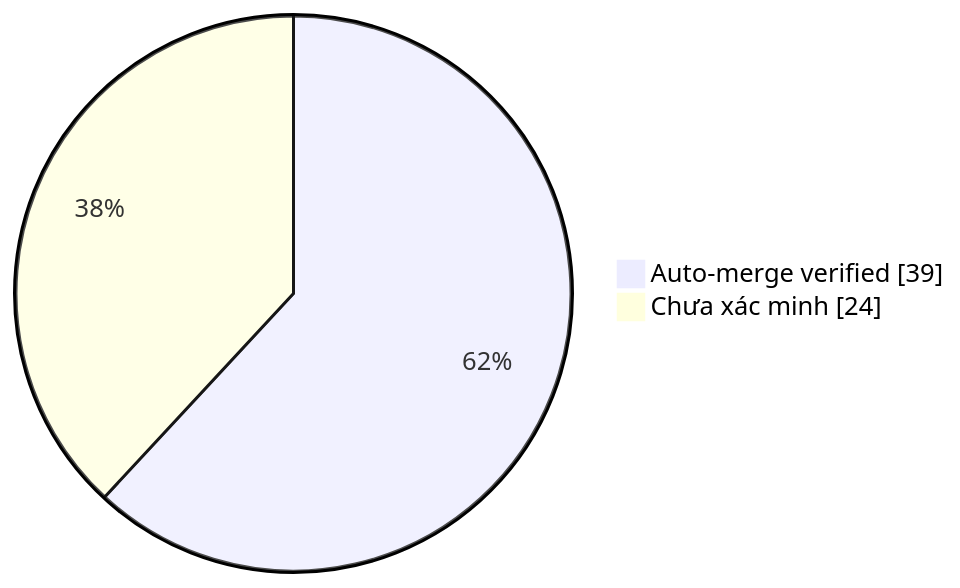
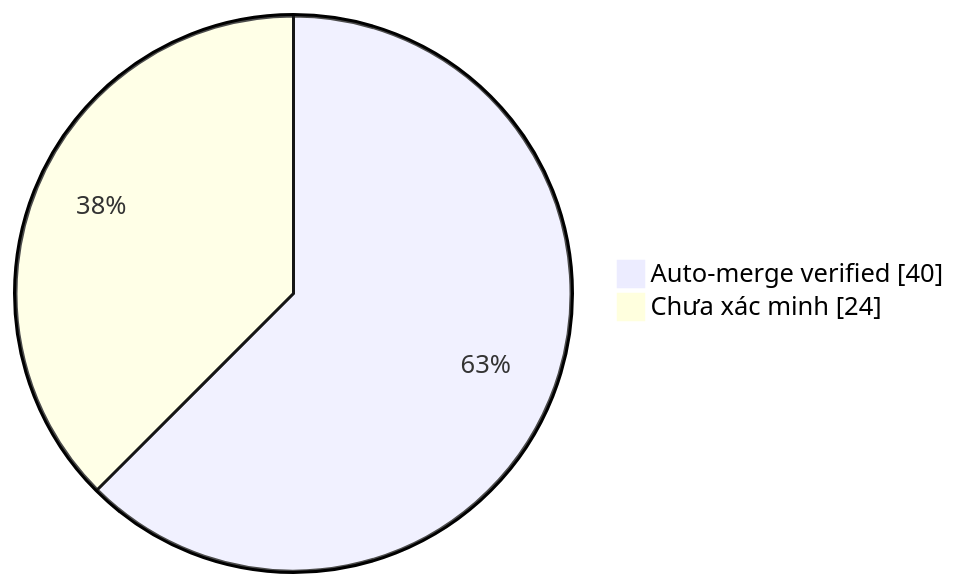
One commit to duykhang68/tetdinhmuiblog changed the diagram in collector.md. Above: the diagram before and after it, drawn with Mermaid. The commit also changed other lines of this file and 1 other file, not shown here.

Commit message:
docs(collector): update auto-merge evidence dashboard

````diff
--- a/collector.md
+++ b/collector.md
@@ -22,5 +22,5 @@
 ```mermaid
 pie showData
-    "Auto-merge verified" : 39
+    "Auto-merge verified" : 40
     "Chưa xác minh" : 24
 ```
````
